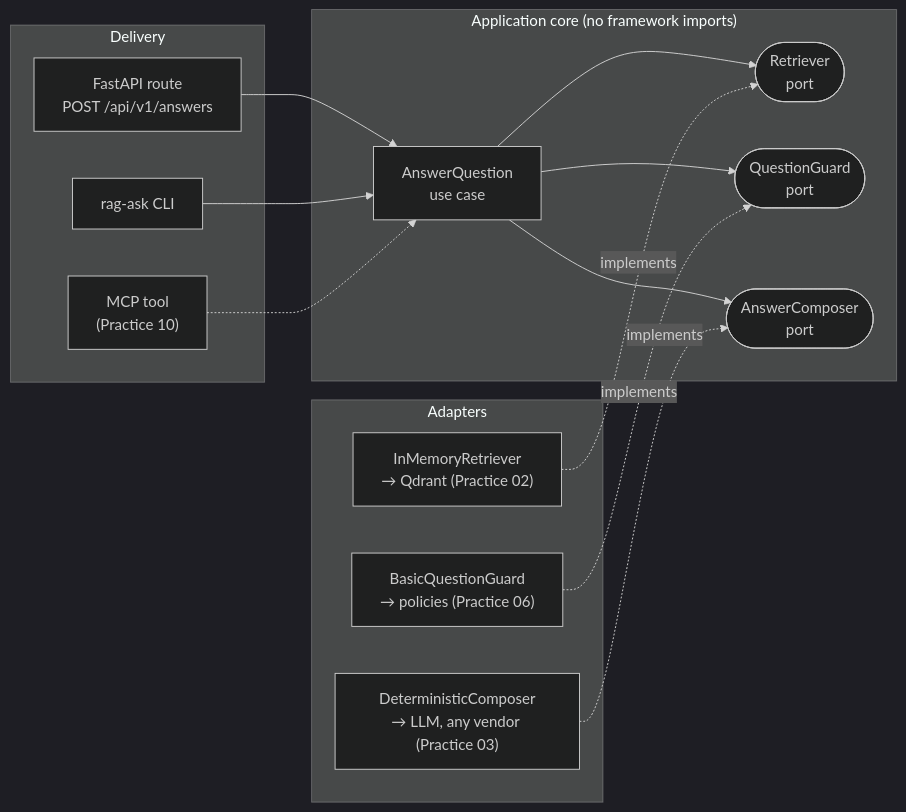
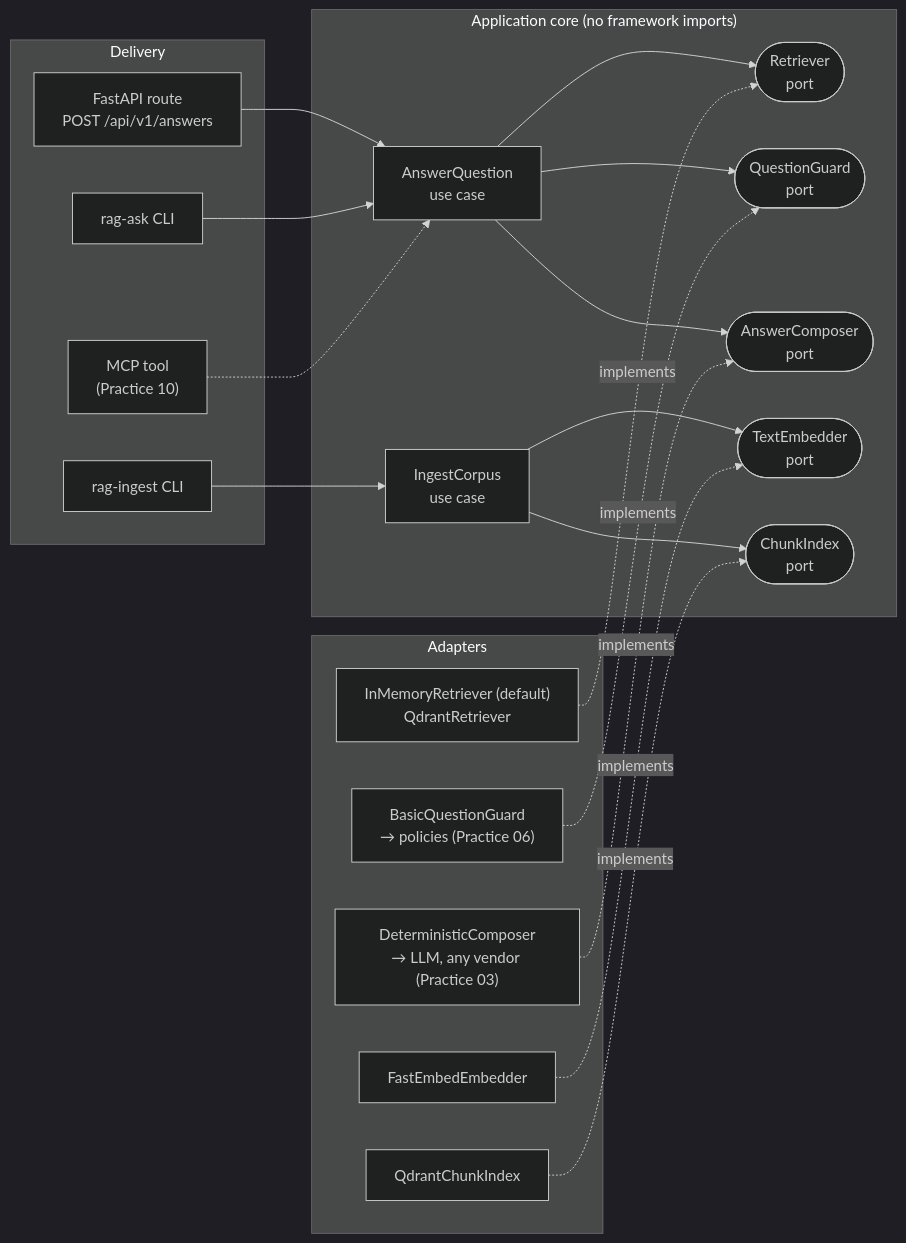
Before and after one commit to czwie01/ai-builder-lab: the diagram in README.md, drawn with Mermaid (dark theme). The commit also changed other lines of this file and 2 other files, not shown here.

First line of the commit message:
docs: add ADR-004 and the practice 02 log

````diff
--- a/README.md
+++ b/README.md
@@ -24,29 +24,39 @@
 ```mermaid
 flowchart LR
     subgraph Delivery
         HTTP["FastAPI route<br/>POST /api/v1/answers"]
         CLI["rag-ask CLI"]
+        INGEST["rag-ingest CLI"]
         MCP["MCP tool<br/>(Practice 10)"]
     end
 
     subgraph Core["Application core (no framework imports)"]
         UC["AnswerQuestion<br/>use case"]
+        ING["IngestCorpus<br/>use case"]
         P1(["Retriever<br/>port"])
         P2(["QuestionGuard<br/>port"])
         P3(["AnswerComposer<br/>port"])
+        P4(["TextEmbedder<br/>port"])
+        P5(["ChunkIndex<br/>port"])
     end
 
     subgraph Adapters
-        A1["InMemoryRetriever<br/>→ Qdrant (Practice 02)"]
+        A1["InMemoryRetriever (default)<br/>QdrantRetriever"]
         A2["BasicQuestionGuard<br/>→ policies (Practice 06)"]
         A3["DeterministicComposer<br/>→ LLM, any vendor (Practice 03)"]
+        A4["FastEmbedEmbedder"]
+        A5["QdrantChunkIndex"]
     end
 
     HTTP --> UC
     CLI --> UC
+    INGEST --> ING
     MCP -.-> UC
     UC --> P1 & P2 & P3
+    ING --> P4 & P5
     A1 -.implements.-> P1
     A2 -.implements.-> P2
     A3 -.implements.-> P3
+    A4 -.implements.-> P4
+    A5 -.implements.-> P5
 ```
````
